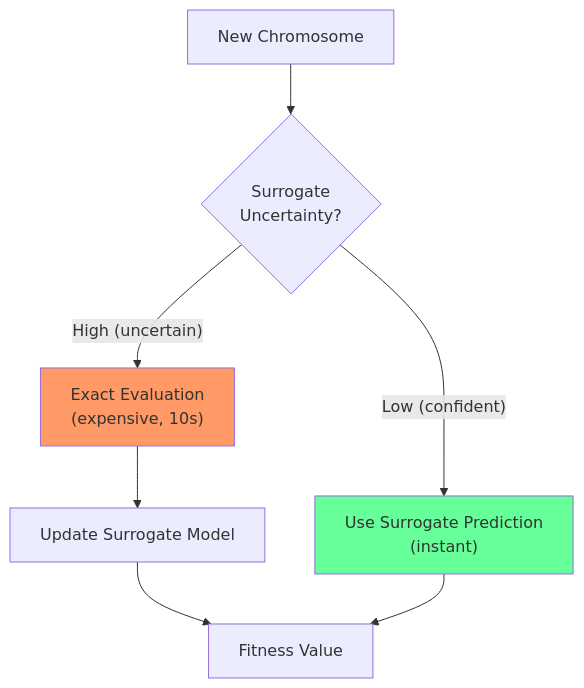
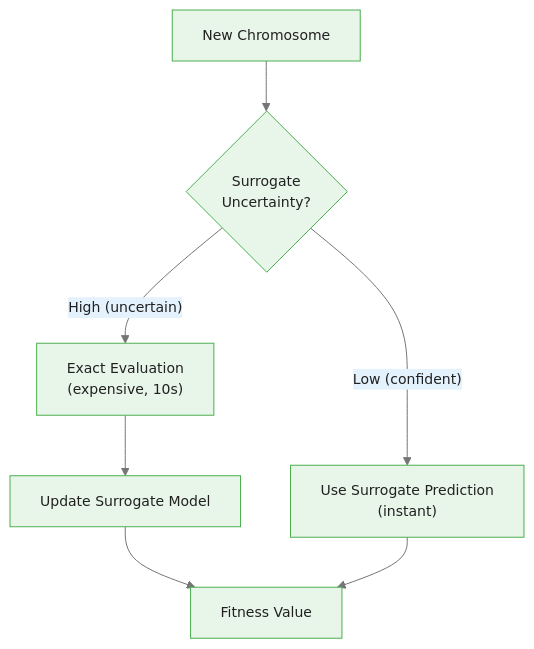
The fifth of 5 diagrams in courses/genetic-algorithms-feature-selection/modules/module_05_advanced/guides/01_advanced_techniques_slides.md (m-deane/course-creator), drawn with Mermaid before and after one commit. The commit also changed other lines of this file and 52 other files, not shown here.

````diff
--- a/courses/genetic-algorithms-feature-selection/modules/module_05_advanced/guides/01_advanced_techniques_slides.md
+++ b/courses/genetic-algorithms-feature-selection/modules/module_05_advanced/guides/01_advanced_techniques_slides.md
@@ -287,11 +286,10 @@
 ```mermaid
+%%{init: {"theme": "base", "themeVariables": {"primaryColor": "#e8f5e9", "primaryBorderColor": "#4caf50", "primaryTextColor": "#212121", "secondaryColor": "#e3f2fd", "tertiaryColor": "#fff8e1", "lineColor": "#757575", "fontFamily": "Inter, sans-serif", "fontSize": "14px"}}}%%
 flowchart TD
     A["New Chromosome"] --> B{"Surrogate<br/>Uncertainty?"}
     B -->|"Low (confident)"| C["Use Surrogate Prediction<br/>(instant)"]
     B -->|"High (uncertain)"| D["Exact Evaluation<br/>(expensive, 10s)"]
     D --> E["Update Surrogate Model"]
     E --> F["Fitness Value"]
     C --> F
-    style C fill:#6f9
-    style D fill:#f96
 ```
````
